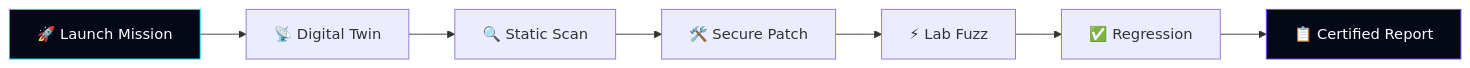
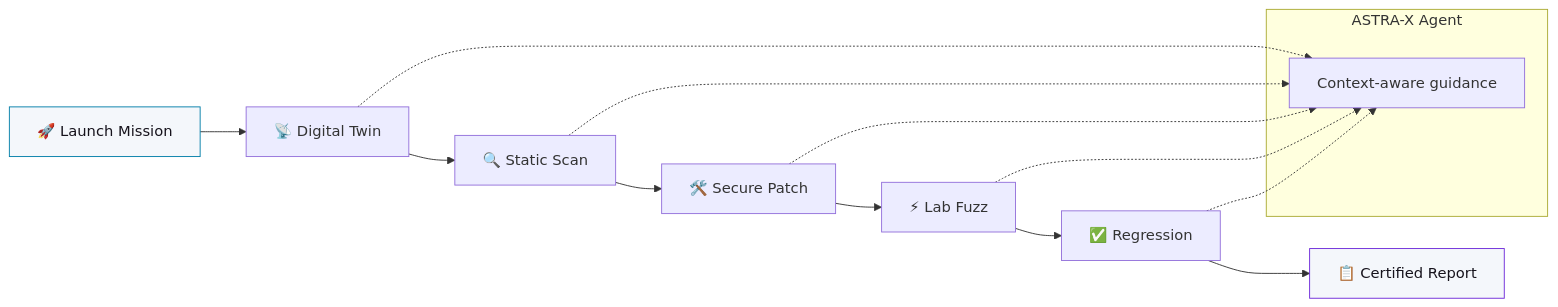
The first of 3 diagrams in README.md (Priyadarshan2000/Astra-X-AI-Kavach-2026), drawn with Mermaid before and after one commit. The commit also changed other lines of this file and 1 other file, not shown here.

````diff
--- a/README.md
+++ b/README.md
@@ -331,12 +185,22 @@
 ```mermaid
 flowchart LR
     A[🚀 Launch Mission] --> B[📡 Digital Twin]
     B --> C[🔍 Static Scan]
     C --> D[🛠️ Secure Patch]
     D --> E[⚡ Lab Fuzz]
     E --> F[✅ Regression]
     F --> G[📋 Certified Report]
 
-    style A fill:#050816,stroke:#00E5FF,color:#fff
-    style G fill:#050816,stroke:#7C4DFF,color:#fff
+    subgraph Agent["ASTRA-X Agent"]
+        H[Context-aware guidance]
+    end
+
+    B -.-> H
+    C -.-> H
+    D -.-> H
+    E -.-> H
+    F -.-> H
+
+    style A fill:#f4f7fb,stroke:#007ea8,color:#16131c
+    style G fill:#f4f7fb,stroke:#6d28d9,color:#16131c
 ```
````
